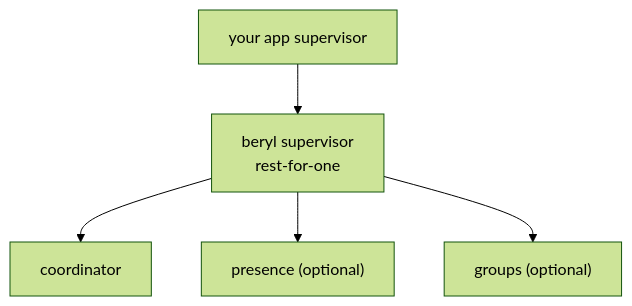
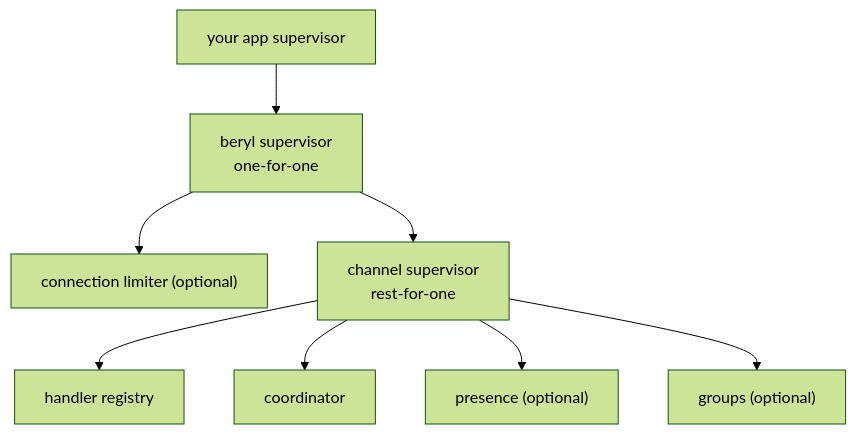
The diagram in website/src/content/docs/architecture/coordinator.md (tylerbutler/beryl), drawn with Mermaid (forest theme) before and after one commit. The commit also changed other lines of this file and 13 other files, not shown here.

````diff
--- a/website/src/content/docs/architecture/coordinator.md
+++ b/website/src/content/docs/architecture/coordinator.md
@@ -50,8 +50,11 @@
 ```mermaid
 flowchart TB
   APP["your app supervisor"]
-  APP --> SUP["beryl supervisor<br/>rest-for-one"]
-  SUP --> CO["coordinator"]
-  SUP --> PR["presence (optional)"]
-  SUP --> GR["groups (optional)"]
+  APP --> SUP["beryl supervisor<br/>one-for-one"]
+  SUP --> LI["connection limiter (optional)"]
+  SUP --> CH["channel supervisor<br/>rest-for-one"]
+  CH --> RE["handler registry"]
+  CH --> CO["coordinator"]
+  CH --> PR["presence (optional)"]
+  CH --> GR["groups (optional)"]
 ```
````
